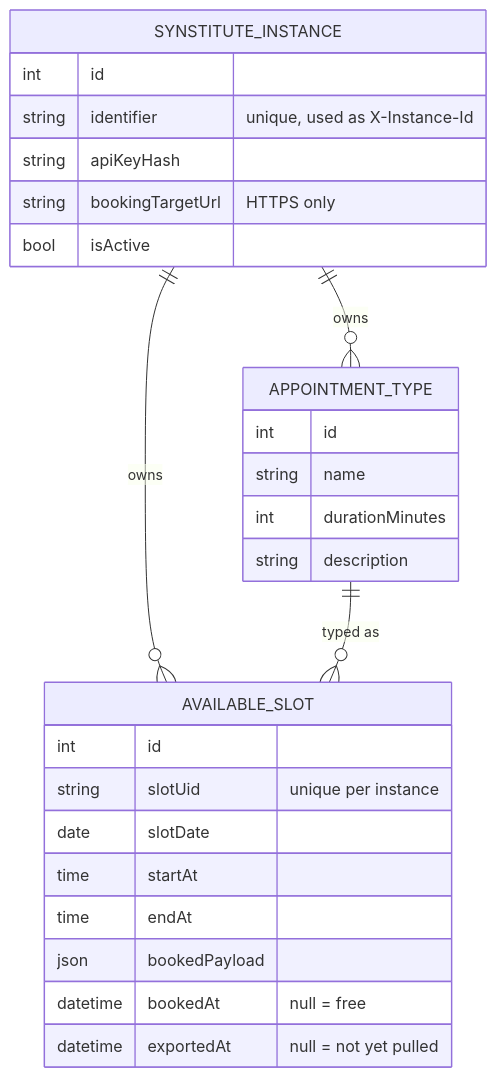
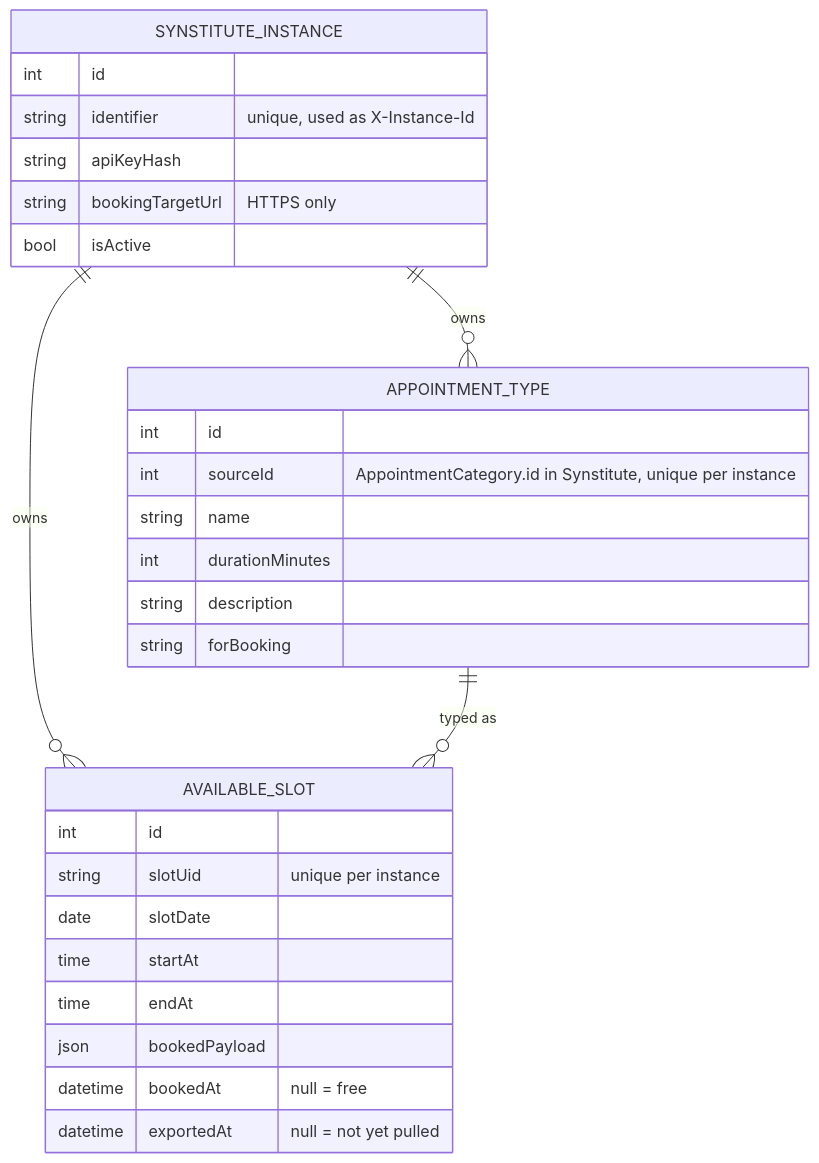
The first of 2 diagrams in docs/slot-sync.md (prolyfix/dmz), drawn with Mermaid before and after one commit. The commit also changed other lines of this file and 26 other files, not shown here.

````diff
--- a/docs/slot-sync.md
+++ b/docs/slot-sync.md
@@ -16,29 +16,31 @@
 ```mermaid
 erDiagram
     SYNSTITUTE_INSTANCE ||--o{ APPOINTMENT_TYPE : owns
     SYNSTITUTE_INSTANCE ||--o{ AVAILABLE_SLOT : owns
     APPOINTMENT_TYPE ||--o{ AVAILABLE_SLOT : "typed as"
     SYNSTITUTE_INSTANCE {
         int id
         string identifier "unique, used as X-Instance-Id"
         string apiKeyHash
         string bookingTargetUrl "HTTPS only"
         bool isActive
     }
     APPOINTMENT_TYPE {
         int id
+        int sourceId "AppointmentCategory.id in Synstitute, unique per instance"
         string name
         int durationMinutes
         string description
+        string forBooking
     }
     AVAILABLE_SLOT {
         int id
         string slotUid "unique per instance"
         date slotDate
         time startAt
         time endAt
         json bookedPayload
         datetime bookedAt "null = free"
         datetime exportedAt "null = not yet pulled"
     }
 ```
````
